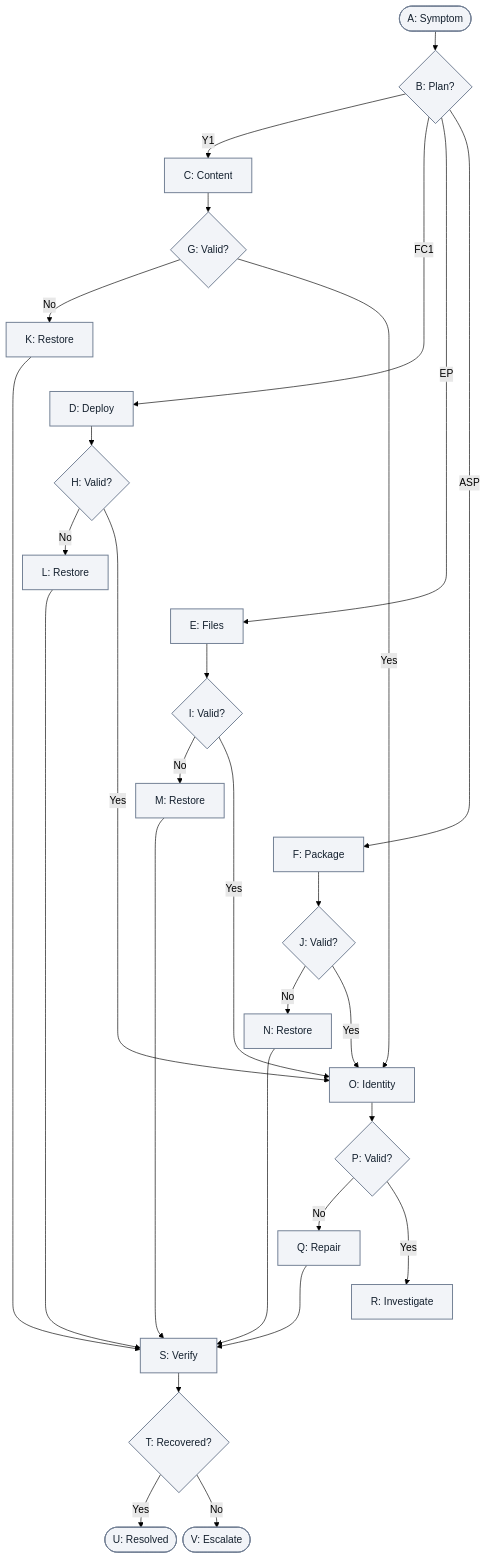
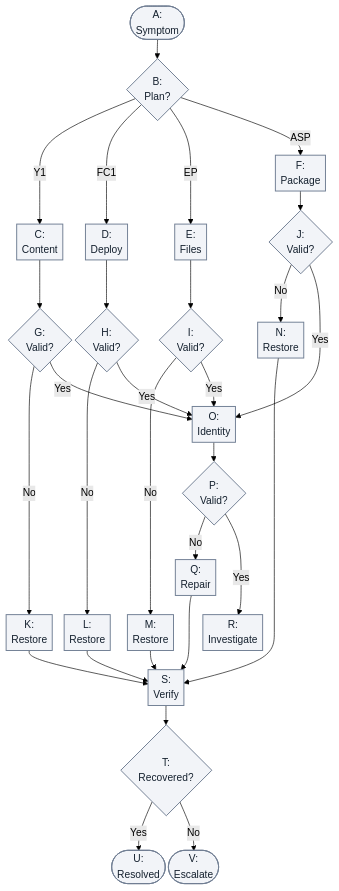
The fourth of 5 diagrams in docs/troubleshooting/lab-guides/code-storage-verification.md (yeongseon/azure-functions-practical-guide), drawn with Mermaid (forest theme) before and after one commit. The commit also changed 1 other file, not shown here.

Commit message:
docs(diagrams): migrate code storage verification lab diagrams (#566)

````diff
--- a/docs/troubleshooting/lab-guides/code-storage-verification.md
+++ b/docs/troubleshooting/lab-guides/code-storage-verification.md
@@ -1747,43 +1747,40 @@
 ```mermaid
-%%{init: {'flowchart': {'nodeSpacing': 10, 'rankSpacing': 30}}}%%
+%%{init: {'flowchart': {'nodeSpacing': 5, 'rankSpacing': 30, 'padding': 4}}}%%
 flowchart TD
     accTitle: Plan-aware code storage triage decisions
     accDescr: Non-execution symptom routes to all four plan checks, all Yes and No branches, restoration, identity and RBAC investigation, network or runtime hypotheses, recovery verification and escalation. This is a diagnostic reading order, not proof of root cause.
-    A(["A: Symptom"]) --> B{"B: Plan?"}
-    B -->|Y1| C["C: Content"]
-    B -->|FC1| D["D: Deploy"]
-    B -->|EP| E["E: Files"]
-    B -->|ASP| F["F: Package"]
-    C --> G{"G: Valid?"}
-    D --> H{"H: Valid?"}
-    E --> I{"I: Valid?"}
-    F --> J{"J: Valid?"}
-    G -->|No| K["K: Restore"]
-    H -->|No| L["L: Restore"]
-    I -->|No| M["M: Restore"]
-    J -->|No| N["N: Restore"]
-    G -->|Yes| O["O: Identity"]
+    A(["A:<br/>Symptom"]) --> B{"B:<br/>Plan?"}
+    B -->|Y1| C["C:<br/>Content"]
+    B -->|FC1| D["D:<br/>Deploy"]
+    B -->|EP| E["E:<br/>Files"]
+    B -->|ASP| F["F:<br/>Package"]
+    C --> G{"G:<br/>Valid?"}
+    D --> H{"H:<br/>Valid?"}
+    E --> I{"I:<br/>Valid?"}
+    F --> J{"J:<br/>Valid?"}
+    G -->|No| K["K:<br/>Restore"]
+    H -->|No| L["L:<br/>Restore"]
+    I -->|No| M["M:<br/>Restore"]
+    J -->|No| N["N:<br/>Restore"]
+    G -->|Yes| O["O:<br/>Identity"]
     H -->|Yes| O
     I -->|Yes| O
     J -->|Yes| O
-    O --> P{"P: Valid?"}
-    P -->|No| Q["Q: Repair"]
-    P -->|Yes| R["R: Investigate"]
-    K --> S["S: Verify"]
+    O --> P{"P:<br/>Valid?"}
+    P -->|No| Q["Q:<br/>Repair"]
+    P -->|Yes| R["R:<br/>Investigate"]
+    K --> S["S:<br/>Verify"]
     L --> S
     M --> S
     N --> S
     Q --> S
-    S --> T{"T: Recovered?"}
-    T -->|Yes| U(["U: Resolved"])
-    T -->|No| V(["V: Escalate"])
+    S --> T{"T:<br/>Recovered?"}
+    T -->|Yes| U(["U:<br/>Resolved"])
+    T -->|No| V(["V:<br/>Escalate"])
     %% Layout-only links tier branches; no diagnostic steps or arrows added.
-    K ~~~ D
-    L ~~~ E
-    M ~~~ F
     N ~~~ O
     Q ~~~ R
     R ~~~ S
     classDef neutral fill:#f2f4f8,stroke:#707e93,stroke-width:1.5px,color:#14202e;
     class A,B,C,D,E,F,G,H,I,J,K,L,M,N,O,P,Q,R,S,T,U,V neutral;
 ```
````
